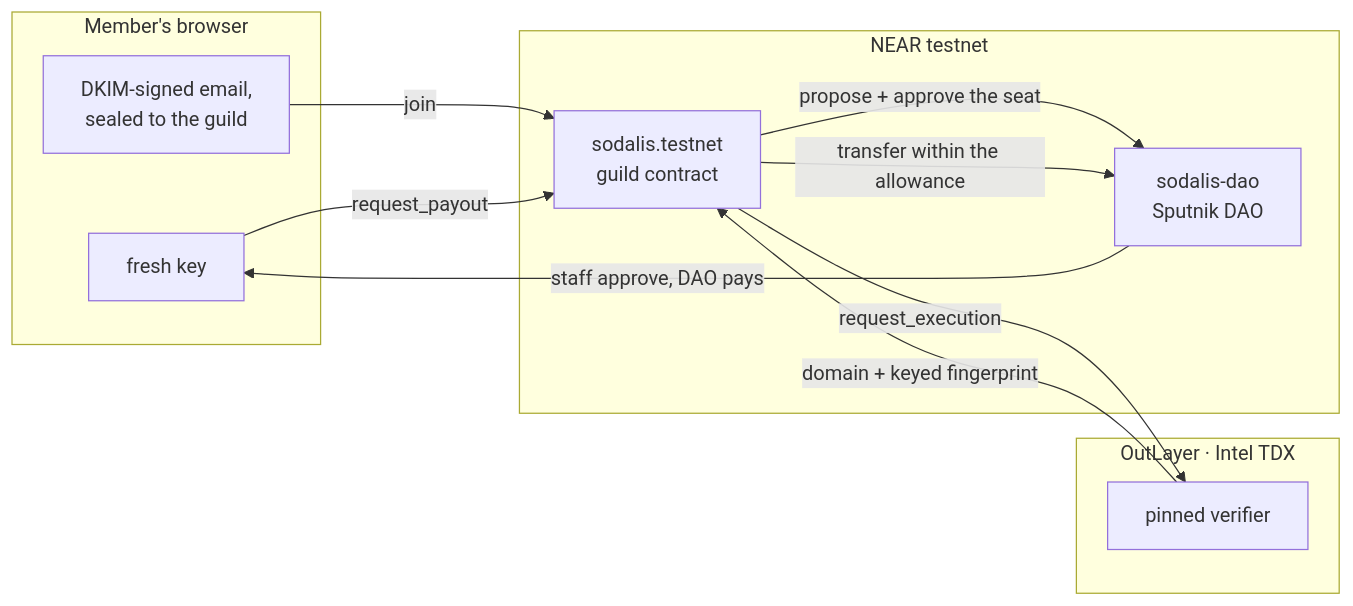
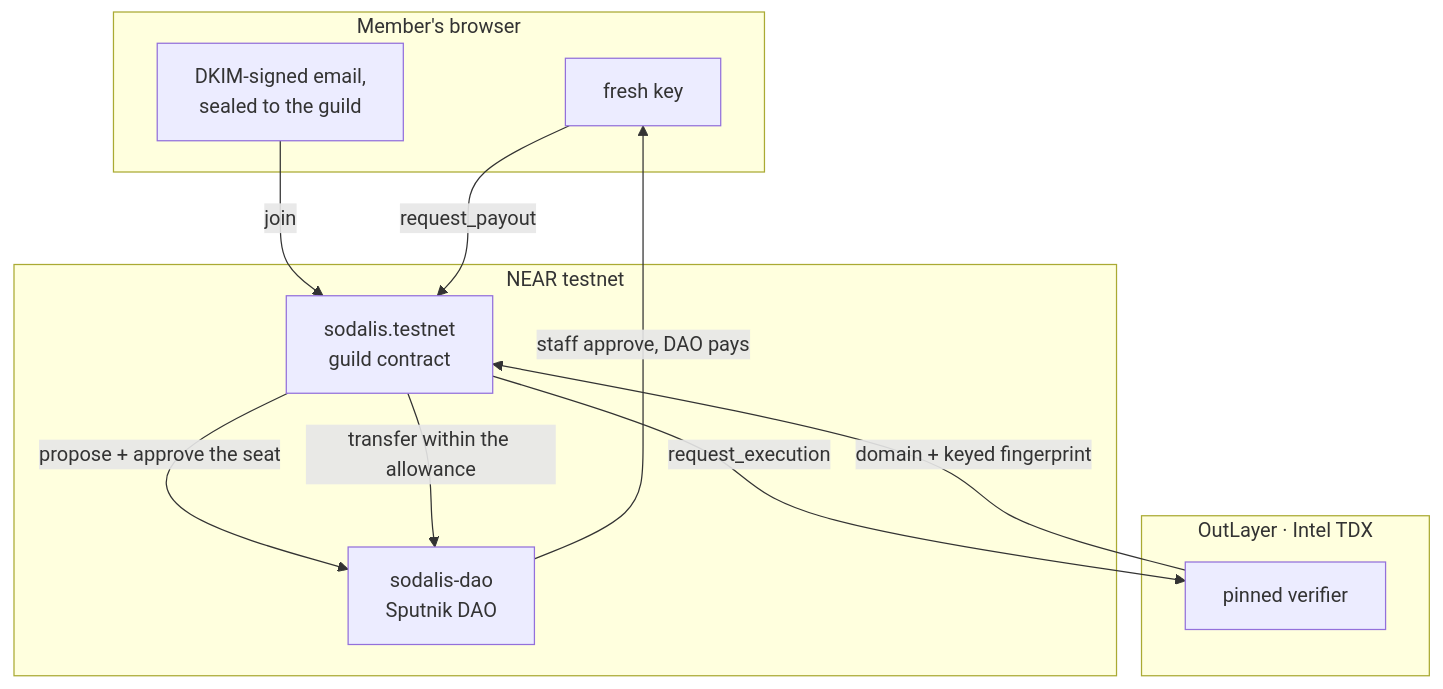
One commit to Cassxbt/sodalis changed the diagram in README.md. Above: the diagram before and after it, drawn with Mermaid.

Commit message:
README: lay the diagram out top to bottom so it reads at GitHub's width

````diff
--- a/README.md
+++ b/README.md
@@ -39,21 +39,21 @@
 ```mermaid
-flowchart LR
+flowchart TB
   subgraph browser["Member's browser"]
     key["fresh key"]
     letter["DKIM-signed email,<br/>sealed to the guild"]
   end
   subgraph near["NEAR testnet"]
     guild["sodalis.testnet<br/>guild contract"]
     dao["sodalis-dao<br/>Sputnik DAO"]
   end
   subgraph tee["OutLayer · Intel TDX"]
     verifier["pinned verifier"]
   end
   letter -- "join" --> guild
   guild -- "request_execution" --> verifier
   verifier -- "domain + keyed fingerprint" --> guild
   guild -- "propose + approve the seat" --> dao
   key -- "request_payout" --> guild
   guild -- "transfer within the allowance" --> dao
   dao -- "staff approve, DAO pays" --> key
 ```
````
